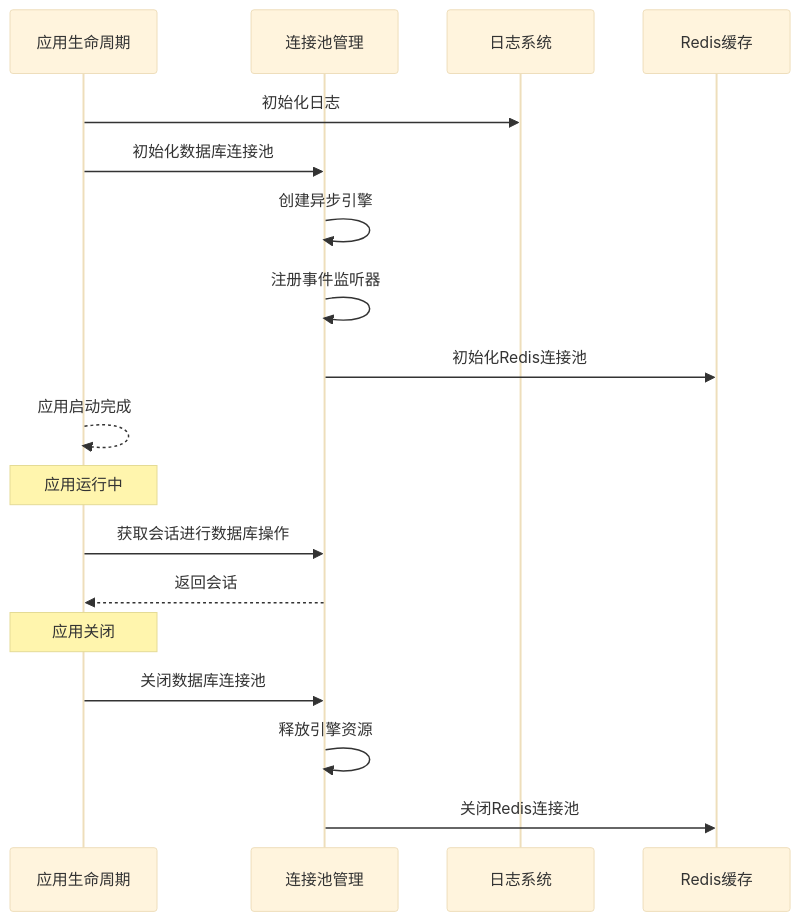
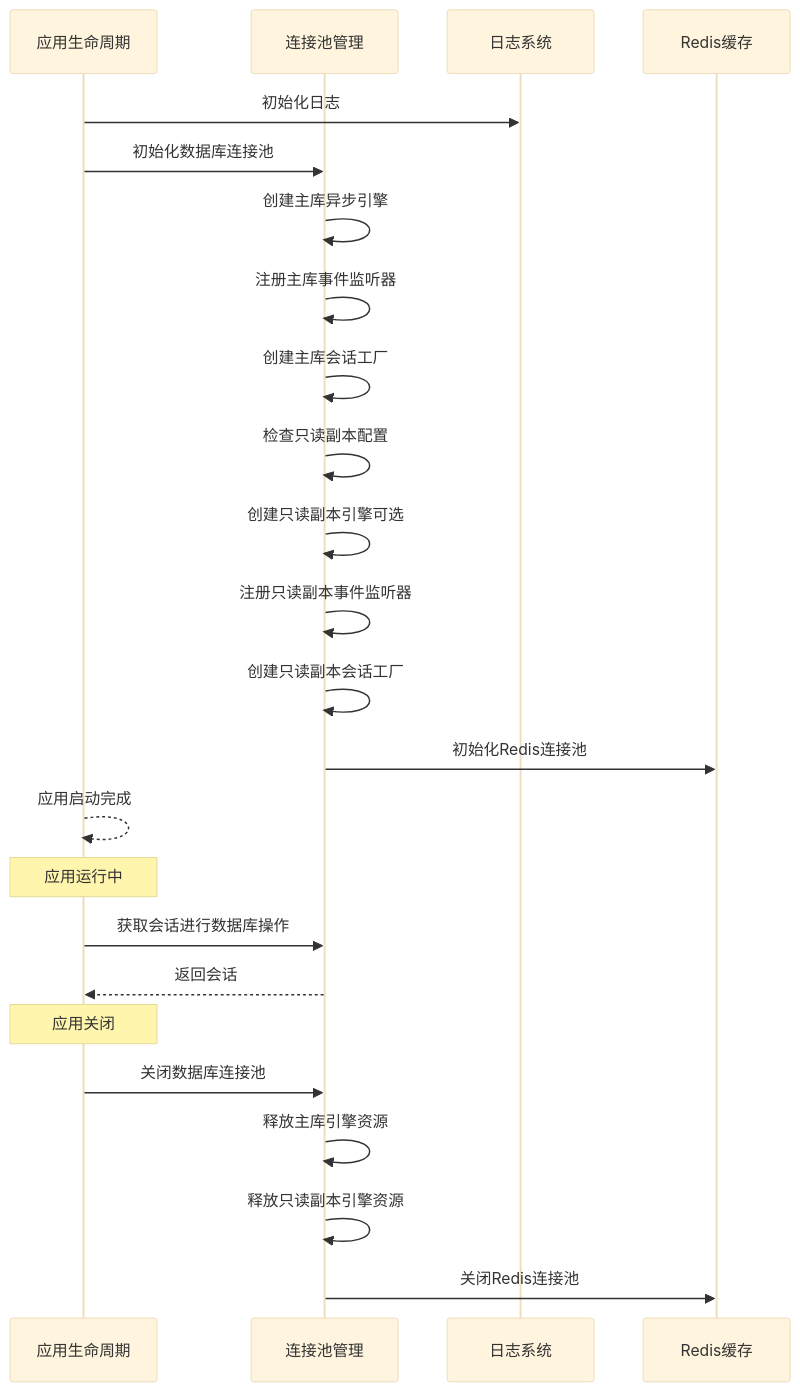
The ninth of 12 diagrams in .qoder/repowiki/zh/content/数据库集成/连接池管理.md (lilinzezzzzzz/fastapi-backend), drawn with Mermaid (base theme) before and after one commit. The commit also changed other lines of this file and 42 other files, not shown here.

````diff
--- a/.qoder/repowiki/zh/content/数据库集成/连接池管理.md
+++ b/.qoder/repowiki/zh/content/数据库集成/连接池管理.md
@@ -282,20 +373,26 @@
 ```mermaid
 sequenceDiagram
 participant Lifespan as 应用生命周期
 participant DB as 连接池管理
 participant Logger as 日志系统
 participant Redis as Redis缓存
 Lifespan->>Logger : 初始化日志
 Lifespan->>DB : 初始化数据库连接池
-DB->>DB : 创建异步引擎
-DB->>DB : 注册事件监听器
+DB->>DB : 创建主库异步引擎
+DB->>DB : 注册主库事件监听器
+DB->>DB : 创建主库会话工厂
+DB->>DB : 检查只读副本配置
+DB->>DB : 创建只读副本引擎可选
+DB->>DB : 注册只读副本事件监听器
+DB->>DB : 创建只读副本会话工厂
 DB->>Redis : 初始化Redis连接池
 Lifespan-->>Lifespan : 应用启动完成
 Note over Lifespan : 应用运行中
 Lifespan->>DB : 获取会话进行数据库操作
 DB-->>Lifespan : 返回会话
 Note over Lifespan : 应用关闭
 Lifespan->>DB : 关闭数据库连接池
-DB->>DB : 释放引擎资源
+DB->>DB : 释放主库引擎资源
+DB->>DB : 释放只读副本引擎资源
 DB->>Redis : 关闭Redis连接池
 ```
````
